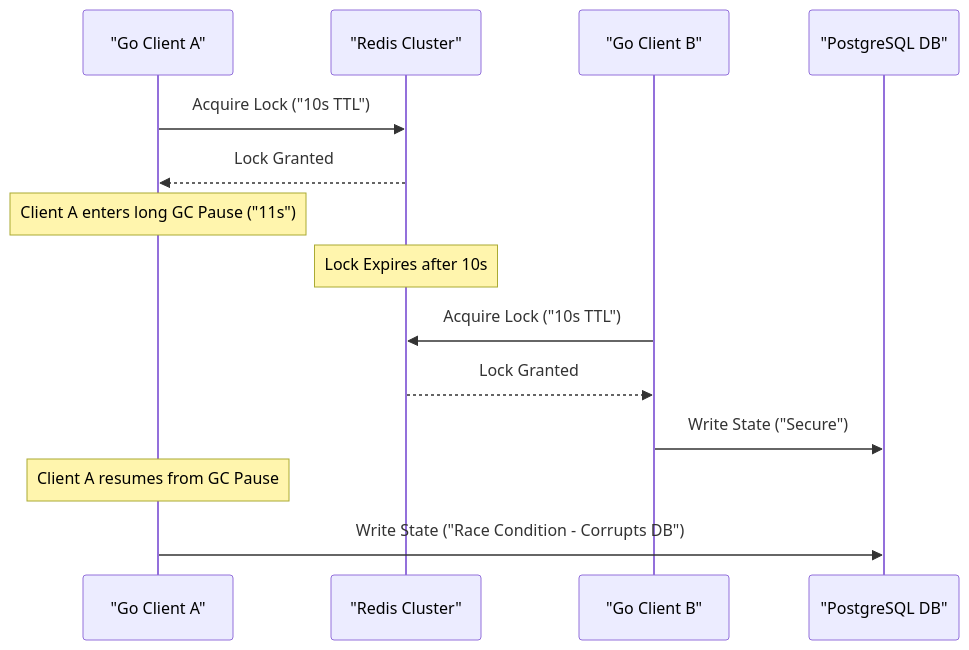
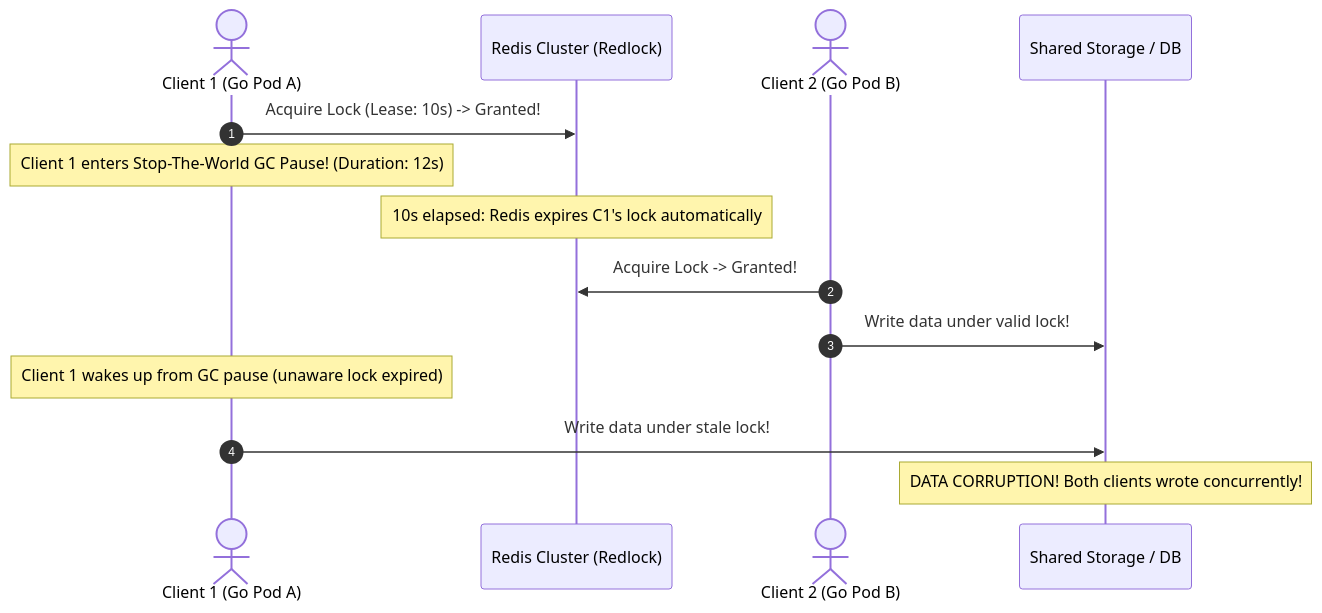
Before and after one commit to vesviet/vesviet: the first of 2 diagrams in content/series/high-concurrency-systems/article_8_distributed_locking.md, drawn with Mermaid. The commit also changed other lines of this file and 13 other files, not shown here.

````diff
--- a/content/series/high-concurrency-systems/article_8_distributed_locking.md
+++ b/content/series/high-concurrency-systems/article_8_distributed_locking.md
@@ -106,17 +43,17 @@
 ```mermaid
 sequenceDiagram
-    participant Client_A as "Go Client A"
-    participant Redis as "Redis Cluster"
-    participant Client_B as "Go Client B"
-    participant DB as "PostgreSQL DB"
+    autonumber
+    actor C1 as Client 1 (Go Pod A)
+    participant Redis as Redis Cluster (Redlock)
+    actor C2 as Client 2 (Go Pod B)
+    participant Storage as Shared Storage / DB
 
-    Client_A->>Redis: Acquire Lock ("10s TTL")
-    Redis-->>Client_A: Lock Granted
-    Note over Client_A: Client A enters long GC Pause ("11s")
-    Note over Redis: Lock Expires after 10s
-    Client_B->>Redis: Acquire Lock ("10s TTL")
-    Redis-->>Client_B: Lock Granted
-    Client_B->>DB: Write State ("Secure")
-    Note over Client_A: Client A resumes from GC Pause
-    Client_A->>DB: Write State ("Race Condition - Corrupts DB")
+    C1->>Redis: Acquire Lock (Lease: 10s) -> Granted!
+    Note over C1: Client 1 enters Stop-The-World GC Pause! (Duration: 12s)
+    Note over Redis: 10s elapsed: Redis expires C1's lock automatically
+    C2->>Redis: Acquire Lock -> Granted!
+    C2->>Storage: Write data under valid lock!
+    Note over C1: Client 1 wakes up from GC pause (unaware lock expired)
+    C1->>Storage: Write data under stale lock!
+    Note over Storage: DATA CORRUPTION! Both clients wrote concurrently!
 ```
````
